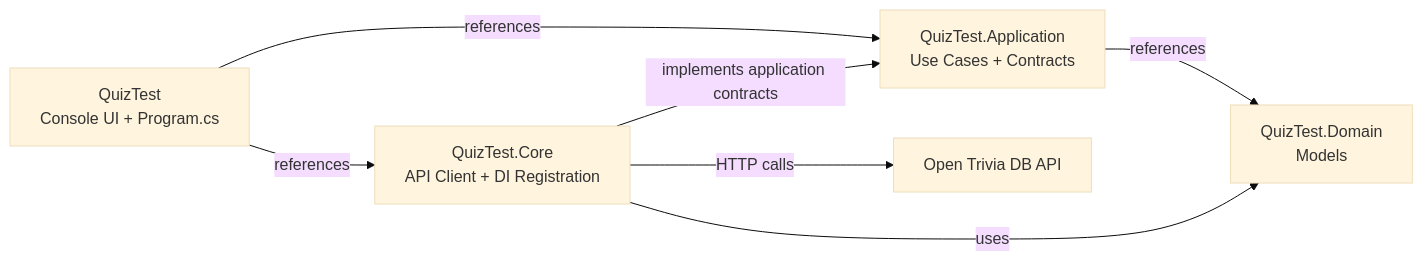
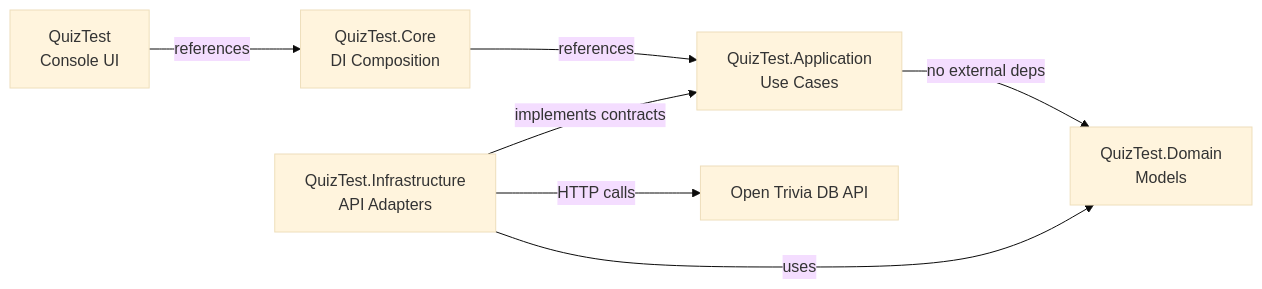
Before and after one commit to ccarlsson/QuizTest: the diagram in README.md, drawn with Mermaid (base theme). The commit also changed other lines of this file and 5 other files, not shown here.

Commit message:
Add Infrastructure layer and implement QuizApiClient for Open Trivia API integration

````diff
--- a/README.md
+++ b/README.md
@@ -61,15 +62,16 @@
 ```mermaid
 flowchart LR
-  UI[QuizTest\nConsole UI + Program.cs]
-  Application[QuizTest.Application\nUse Cases + Contracts]
+  UI[QuizTest\nConsole UI]
+  Core[QuizTest.Core\nDI Composition]
+  Application[QuizTest.Application\nUse Cases]
+  Infrastructure[QuizTest.Infrastructure\nAPI Adapters]
   Domain[QuizTest.Domain\nModels]
-  Core[QuizTest.Core\nAPI Client + DI Registration]
   Api[Open Trivia DB API]
 
-  UI -->|references| Application
   UI -->|references| Core
-  Application -->|references| Domain
-  Core -->|implements application contracts| Application
-  Core -->|uses| Domain
-  Core -->|HTTP calls| Api
+  Core -->|references| Application
+  Application -->|no external deps| Domain
+  Infrastructure -->|implements contracts| Application
+  Infrastructure -->|uses| Domain
+  Infrastructure -->|HTTP calls| Api
 ```
````
